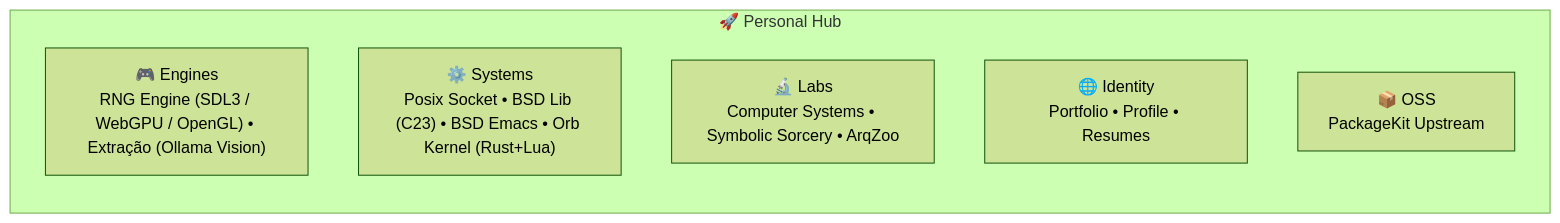
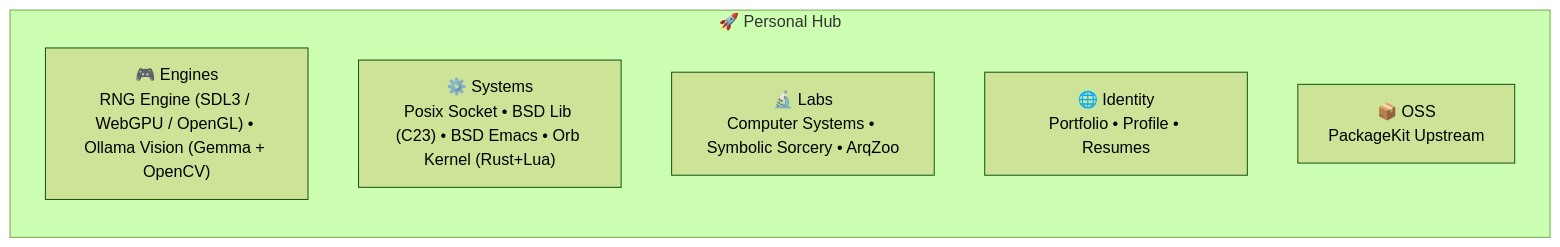
Before and after one commit to GabrielFrigo4/personal: the diagram in README.md, drawn with Mermaid (forest theme). The commit also changed other lines of this file and 4 other files, not shown here.

````diff
--- a/README.md
+++ b/README.md
@@ -22,11 +22,11 @@
 ```mermaid
 flowchart TD
     subgraph PH ["🚀 Personal Hub"]
         direction TB
-        ENG["🎮 Engines<br/>RNG Engine (SDL3 / WebGPU / OpenGL) • Extração (Ollama Vision)"]
+        ENG["🎮 Engines<br/>RNG Engine (SDL3 / WebGPU / OpenGL) • Ollama Vision (Gemma + OpenCV)"]
         SYS["⚙️ Systems<br/>Posix Socket • BSD Lib (C23) • BSD Emacs • Orb Kernel (Rust+Lua)"]
         LAB["🔬 Labs<br/>Computer Systems • Symbolic Sorcery • ArqZoo"]
         IDN["🌐 Identity<br/>Portfolio • Profile • Resumes"]
         OSS["📦 OSS<br/>PackageKit Upstream"]
     end
 ```
````
